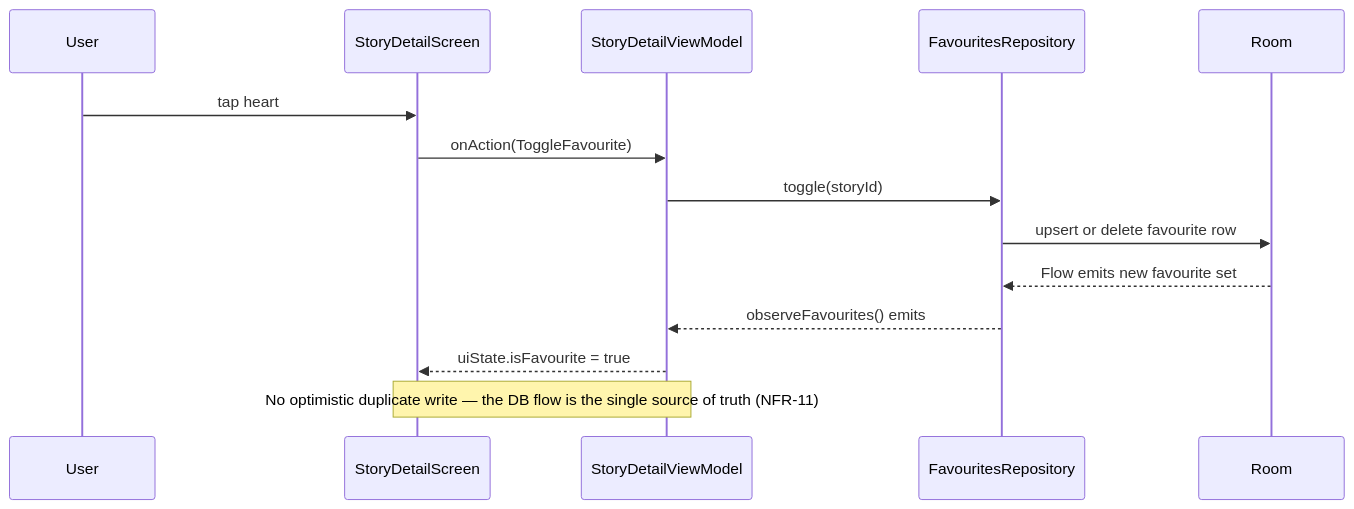
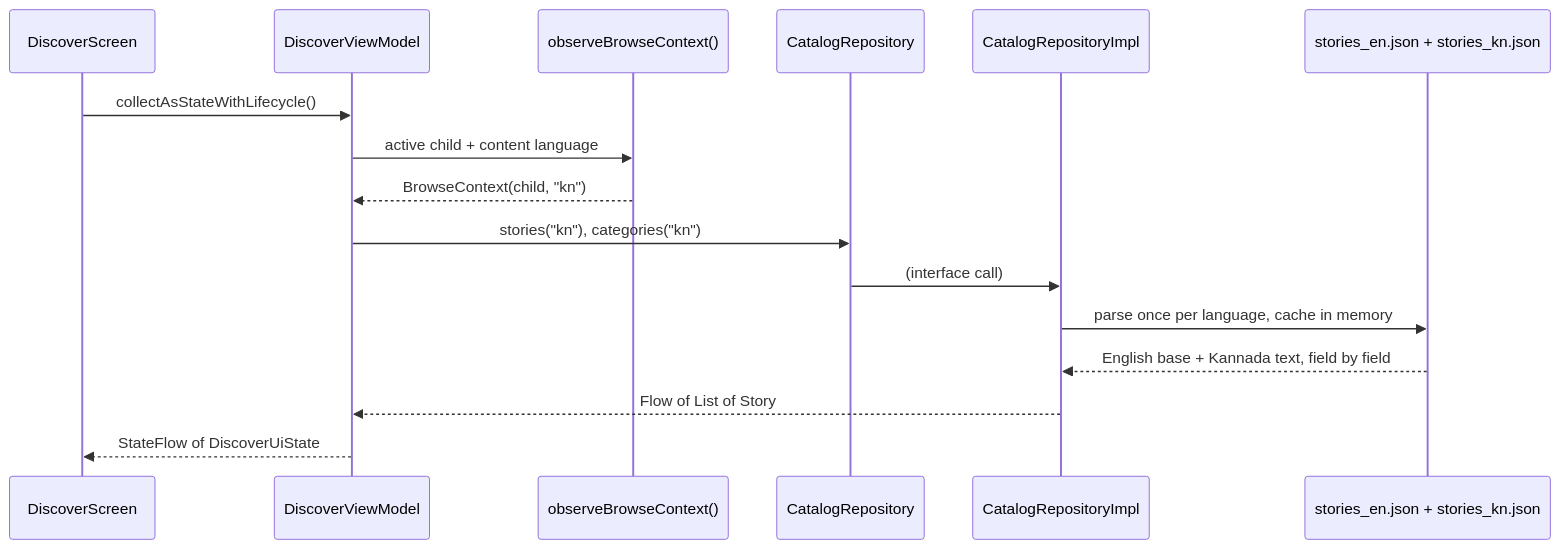
The fourth of 6 diagrams in docs/architecture/high-level-design.md (shivayogih/LittleStory), drawn with Mermaid before and after one commit. The commit also changed other lines of this file and 2 other files, not shown here.

````diff
--- a/docs/architecture/high-level-design.md
+++ b/docs/architecture/high-level-design.md
@@ -90,16 +108,18 @@
 ```mermaid
 sequenceDiagram
-    participant U as User
-    participant S as StoryDetailScreen
-    participant VM as StoryDetailViewModel
-    participant R as FavouritesRepository
-    participant DB as Room
-    U->>S: tap heart
-    S->>VM: onAction(ToggleFavourite)
-    VM->>R: toggle(storyId)
-    R->>DB: upsert or delete favourite row
-    DB-->>R: Flow emits new favourite set
-    R-->>VM: observeFavourites() emits
-    VM-->>S: uiState.isFavourite = true
-    Note over VM,S: No optimistic duplicate write — the DB flow is the single source of truth (NFR-11)
+    participant S as DiscoverScreen
+    participant VM as DiscoverViewModel
+    participant B as observeBrowseContext()
+    participant C as CatalogRepository
+    participant I as CatalogRepositoryImpl
+    participant J as stories_en.json + stories_kn.json
+    S->>VM: collectAsStateWithLifecycle()
+    VM->>B: active child + content language
+    B-->>VM: BrowseContext(child, "kn")
+    VM->>C: stories("kn"), categories("kn")
+    C->>I: (interface call)
+    I->>J: parse once per language, cache in memory
+    J-->>I: English base + Kannada text, field by field
+    I-->>VM: Flow of List of Story
+    VM-->>S: StateFlow of DiscoverUiState
 ```
````
